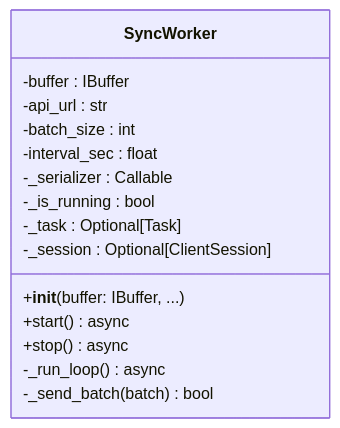
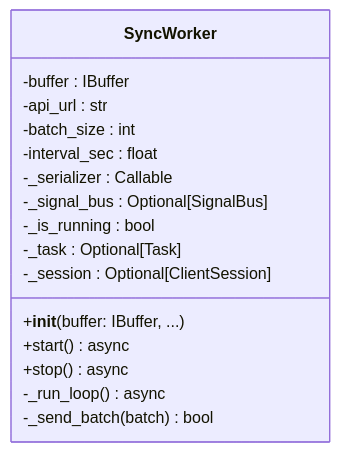
The diagram in docs/03_Backend_Sync/05_SyncWorker_Details.md (1DenLy/ForzaAITuner), drawn with Mermaid before and after one commit. The commit also changed other lines of this file and 5 other files, not shown here.

Commit message:
ref: add SignalBus in SyncWorker (Dependency Injection)

````diff
--- a/docs/03_Backend_Sync/05_SyncWorker_Details.md
+++ b/docs/03_Backend_Sync/05_SyncWorker_Details.md
@@ -7,18 +7,19 @@
 ```mermaid
 classDiagram
     class SyncWorker {
         -buffer : IBuffer
         -api_url : str
         -batch_size : int
         -interval_sec : float
         -_serializer : Callable
+        -_signal_bus : Optional[SignalBus]
         -_is_running : bool
         -_task : Optional[Task]
         -_session : Optional[ClientSession]
         +__init__(buffer: IBuffer, ...)
         +start() async
         +stop() async
         -_run_loop() async
         -_send_batch(batch) bool
     }
 ```
````
